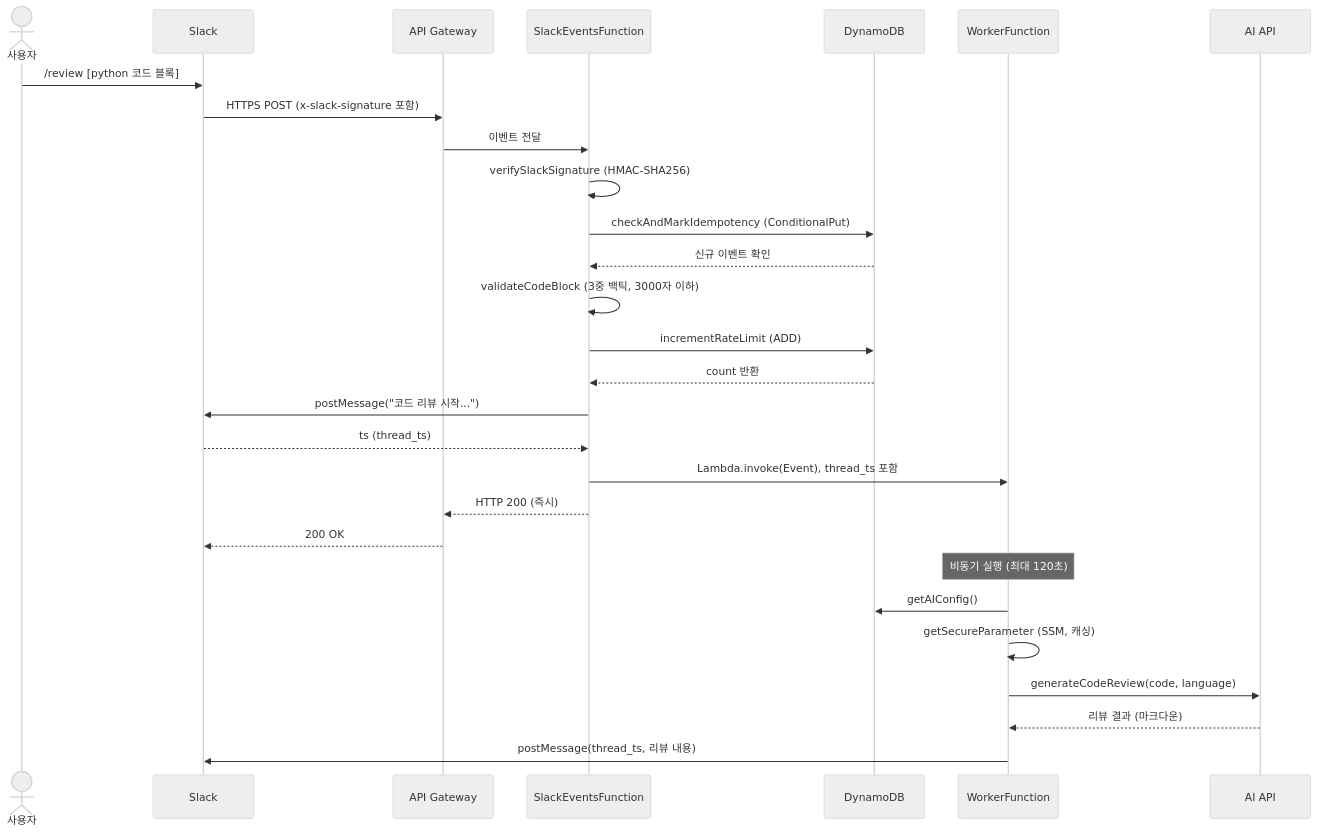
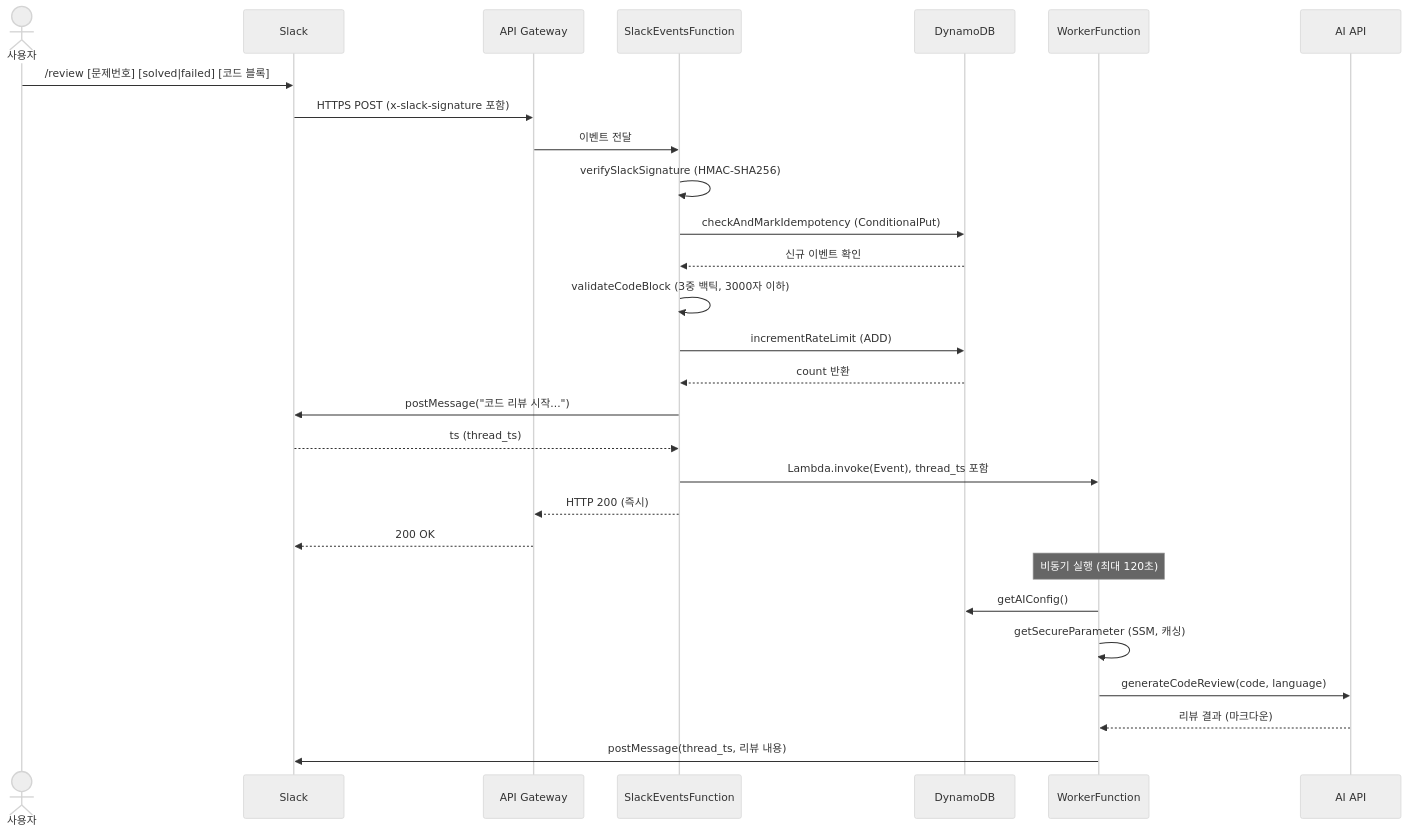
Before and after one commit to sammy0329/algo-daily-bot: the first of 4 diagrams in docs/architecture/data-flow.md, drawn with Mermaid (neutral theme). The commit also changed other lines of this file and 4 other files, not shown here.

````diff
--- a/docs/architecture/data-flow.md
+++ b/docs/architecture/data-flow.md
@@ -5,34 +5,34 @@
 ```mermaid
 sequenceDiagram
     actor User as 사용자
     participant Slack as Slack
     participant APIGW as API Gateway
     participant SEF as SlackEventsFunction
     participant DDB as DynamoDB
     participant WF as WorkerFunction
     participant AI as AI API
 
-    User->>Slack: /review [python 코드 블록]
+    User->>Slack: /review [문제번호] [solved|failed] [코드 블록]
     Slack->>APIGW: HTTPS POST (x-slack-signature 포함)
     APIGW->>SEF: 이벤트 전달
 
     SEF->>SEF: verifySlackSignature (HMAC-SHA256)
     SEF->>DDB: checkAndMarkIdempotency (ConditionalPut)
     DDB-->>SEF: 신규 이벤트 확인
     SEF->>SEF: validateCodeBlock (3중 백틱, 3000자 이하)
     SEF->>DDB: incrementRateLimit (ADD)
     DDB-->>SEF: count 반환
 
     SEF->>Slack: postMessage("코드 리뷰 시작...")
     Slack-->>SEF: ts (thread_ts)
     SEF->>WF: Lambda.invoke(Event), thread_ts 포함
     SEF-->>APIGW: HTTP 200 (즉시)
     APIGW-->>Slack: 200 OK
 
     Note over WF: 비동기 실행 (최대 120초)
     WF->>DDB: getAIConfig()
     WF->>WF: getSecureParameter (SSM, 캐싱)
     WF->>AI: generateCodeReview(code, language)
     AI-->>WF: 리뷰 결과 (마크다운)
     WF->>Slack: postMessage(thread_ts, 리뷰 내용)
 ```
````
